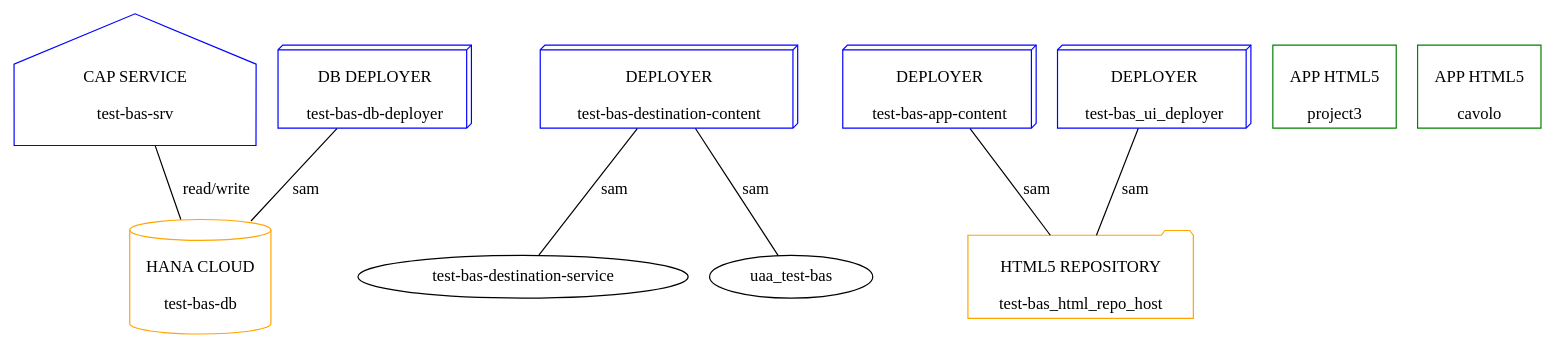
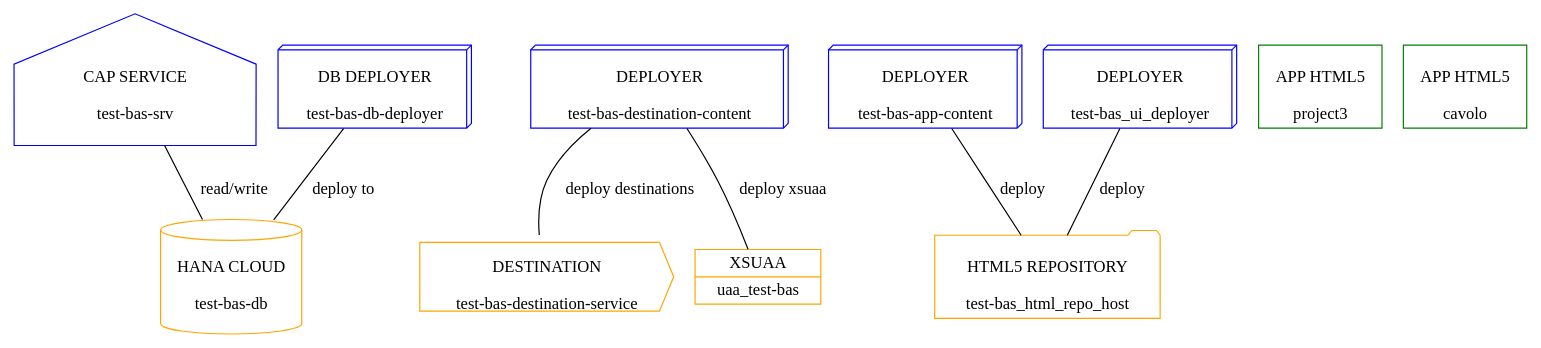
The diagram in test.dot (sbarzaghialteaup/mta-visual-dep), drawn with Graphviz before and after one commit. The commit also changed 2 other files, not shown here.

Commit message:
Resource destination, xsuaa

```diff
--- a/test.dot
+++ b/test.dot
@@ -1,19 +1,19 @@
 graph MTA {
   "test-bas-srv" [ label = "\nCAP SERVICE\n\ntest-bas-srv", shape =house, color = "blue" ];
   "test-bas-db" [ label = "\nHANA CLOUD\n\ntest-bas-db", shape =cylinder, color = "orange" ];
   "test-bas-db-deployer" [ label = "\nDB DEPLOYER\n\ntest-bas-db-deployer", shape =box3d, color = "blue" ];
   "test-bas-destination-content" [ label = "\nDEPLOYER\n\ntest-bas-destination-content", shape =box3d, color = "blue" ];
-  "test-bas-destination-service";
-  "uaa_test-bas";
+  "test-bas-destination-service" [ label = "\nDESTINATION\n\ntest-bas-destination-service", shape =cds, color = "orange" ];
+  "uaa_test-bas" [ label = "{XSUAA|uaa_test-bas}", shape =record, color = "orange" ];
   "test-bas-app-content" [ label = "\nDEPLOYER\n\ntest-bas-app-content", shape =box3d, color = "blue" ];
   "test-bas_html_repo_host" [ label = "\nHTML5 REPOSITORY\n\ntest-bas_html_repo_host", shape =folder, color = "orange" ];
   "project3" [ label = "\nAPP HTML5\n\nproject3", shape =rect, color = "green" ];
   "test-bas_ui_deployer" [ label = "\nDEPLOYER\n\ntest-bas_ui_deployer", shape =box3d, color = "blue" ];
   "cavolo" [ label = "\nAPP HTML5\n\ncavolo", shape =rect, color = "green" ];
   "test-bas-srv" -- "test-bas-db" [ label = "read/write" ];
-  "test-bas-db-deployer" -- "test-bas-db" [ label = "sam" ];
-  "test-bas-destination-content" -- "test-bas-destination-service" [ label = "sam" ];
-  "test-bas-destination-content" -- "uaa_test-bas" [ label = "sam" ];
-  "test-bas-app-content" -- "test-bas_html_repo_host" [ label = "sam" ];
-  "test-bas_ui_deployer" -- "test-bas_html_repo_host" [ label = "sam" ];
+  "test-bas-db-deployer" -- "test-bas-db" [ label = "deploy to" ];
+  "test-bas-destination-content" -- "test-bas-destination-service" [ label = "deploy destinations" ];
+  "test-bas-destination-content" -- "uaa_test-bas" [ label = "deploy xsuaa" ];
+  "test-bas-app-content" -- "test-bas_html_repo_host" [ label = "deploy" ];
+  "test-bas_ui_deployer" -- "test-bas_html_repo_host" [ label = "deploy" ];
 }
```
